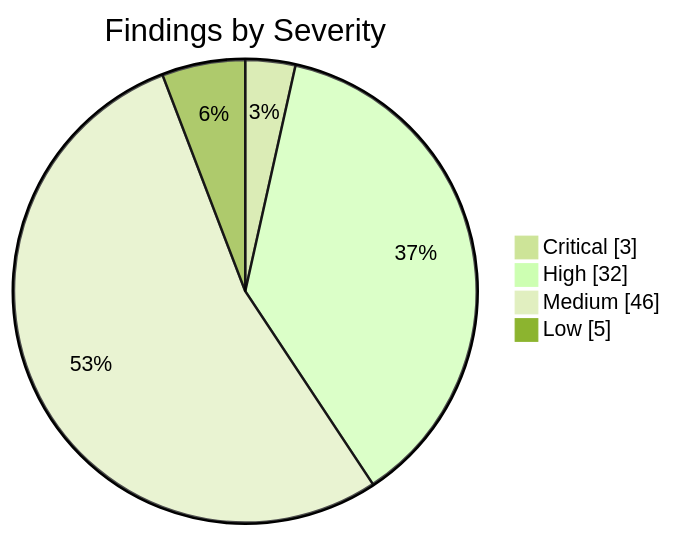
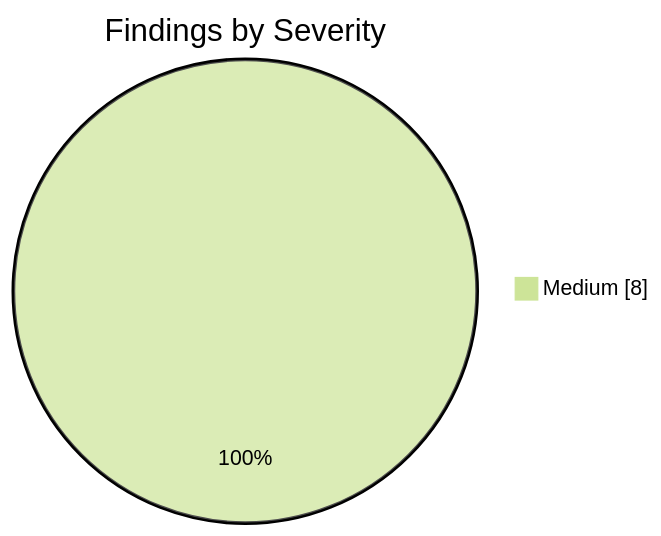
One commit to KBVE/kbve changed the first of 2 diagrams in apps/kbve/astro-kbve/src/content/docs/dashboard/security.mdx. Above: the diagram before and after it, drawn with Mermaid (forest theme). The commit also changed other lines of this file and 7 other files, not shown here.

````diff
--- a/apps/kbve/astro-kbve/src/content/docs/dashboard/security.mdx
+++ b/apps/kbve/astro-kbve/src/content/docs/dashboard/security.mdx
@@ -62,8 +62,5 @@
 ```mermaid
 pie showData
     title Findings by Severity
-    "Critical" : 3
-    "High" : 32
-    "Medium" : 46
-    "Low" : 5
+    "Medium" : 8
 ```
````
